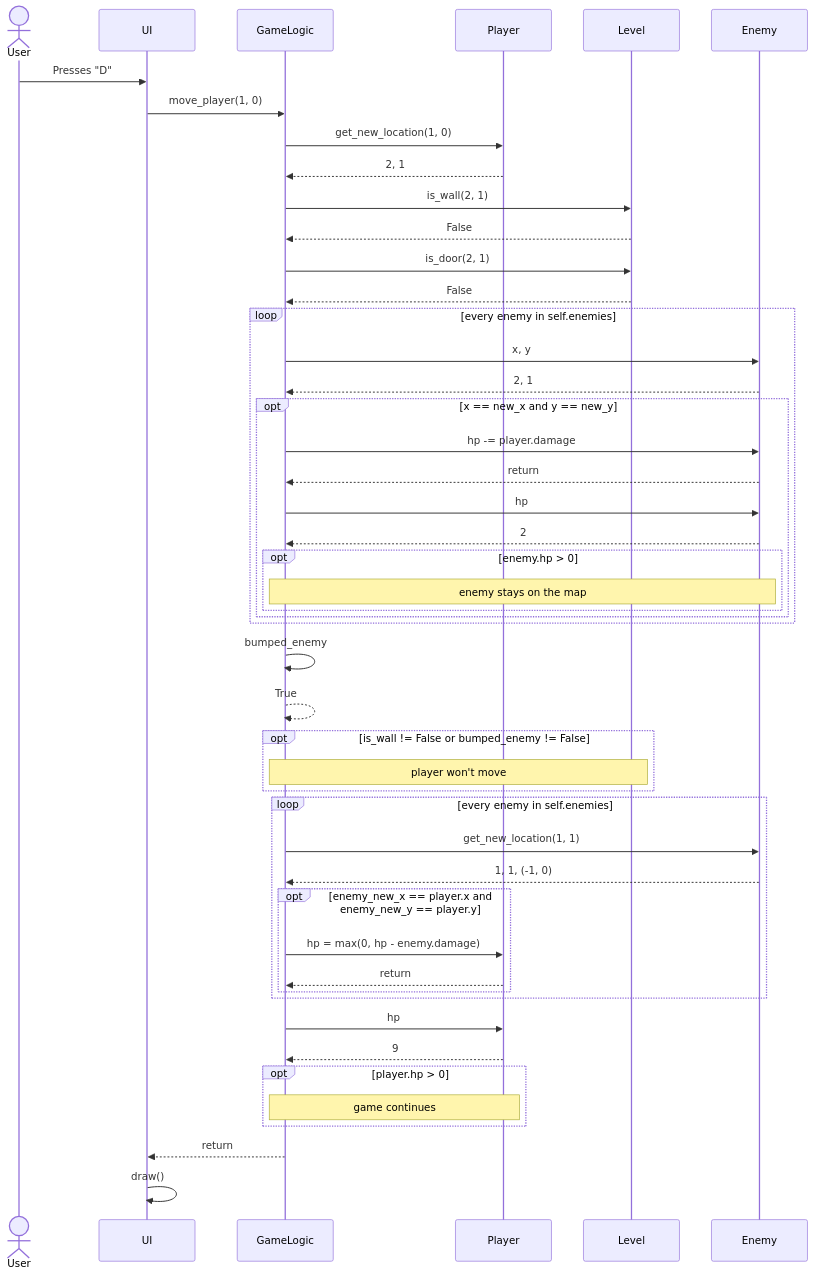
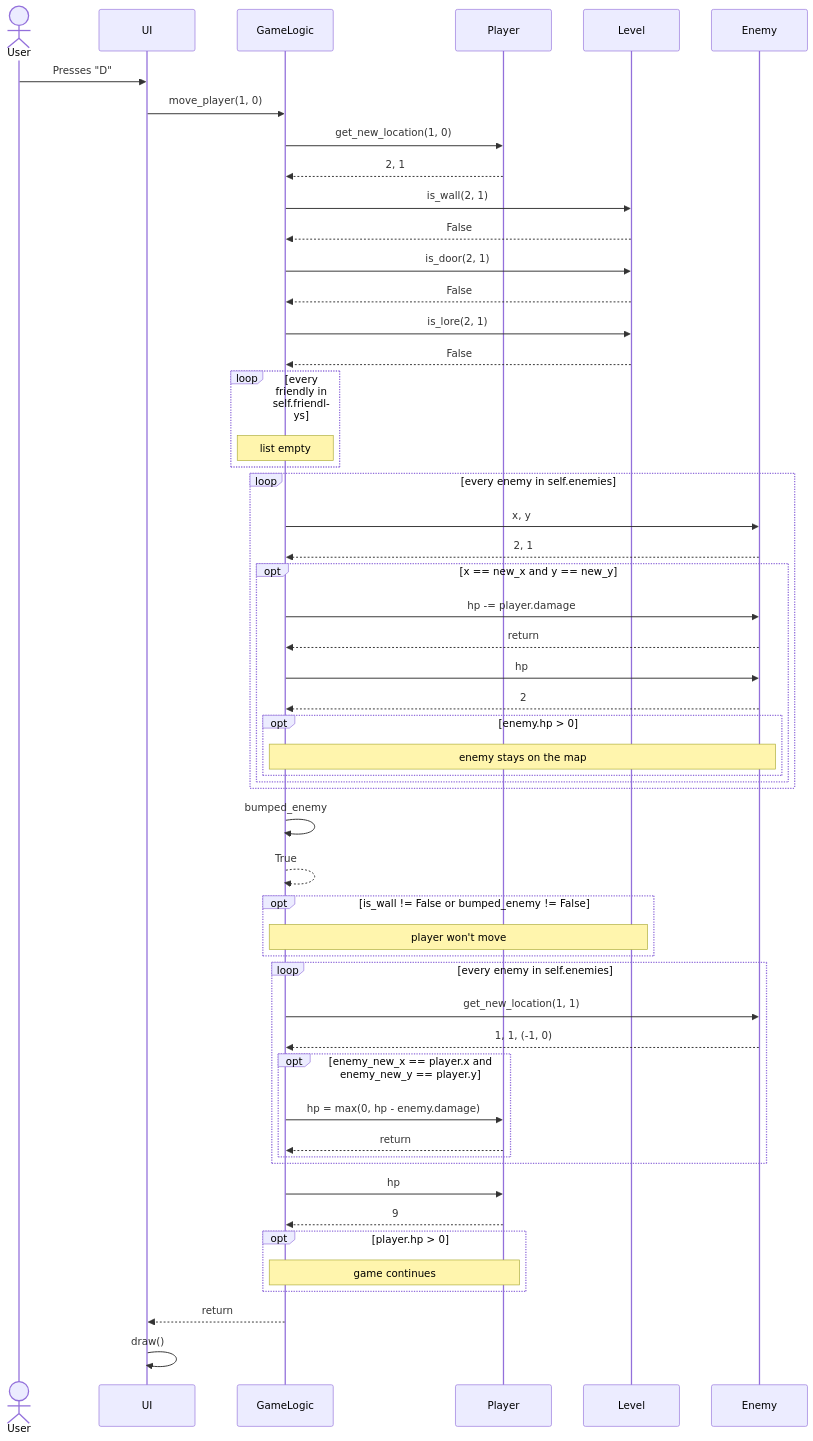
One commit to w1ll1ey/ot-harjoitustyo changed the fourth of 4 diagrams in dokumentaatio/arkkitehtuuri.md. Above: the diagram before and after it, drawn with Mermaid. The commit also changed other lines of this file, not shown here.

````diff
--- a/dokumentaatio/arkkitehtuuri.md
+++ b/dokumentaatio/arkkitehtuuri.md
@@ -130,46 +165,51 @@
 ```mermaid
     sequenceDiagram
         actor User
         User->>UI: Presses "D"
         UI->>GameLogic: move_player(1, 0)
         GameLogic->>Player: get_new_location(1, 0)
         Player-->>GameLogic: 2, 1
         GameLogic->>Level: is_wall(2, 1)
         Level-->>GameLogic: False
         GameLogic->>Level: is_door(2, 1)
         Level-->>GameLogic: False
+        GameLogic->>Level: is_lore(2, 1)
+        Level-->>GameLogic: False
+        loop every friendly in self.friendlys
+            Note over GameLogic: list empty
+        end
         loop every enemy in self.enemies
             GameLogic->>Enemy: x, y
             Enemy-->>GameLogic: 2, 1
             opt x == new_x and y == new_y
                 GameLogic->>Enemy: hp -= player.damage
                 Enemy-->>GameLogic: return
                 GameLogic->>Enemy: hp
                 Enemy-->>GameLogic: 2
                 opt enemy.hp > 0
                     Note over GameLogic, Enemy: enemy stays on the map
                 end
             end
         end
         GameLogic->>GameLogic: bumped_enemy
         GameLogic-->>GameLogic: True
         opt is_wall != False or bumped_enemy != False
             Note over GameLogic, Level: player won't move
         end
         loop every enemy in self.enemies
             GameLogic->>Enemy: get_new_location(1, 1)
             Enemy-->>GameLogic: 1, 1, (-1, 0)
 
             opt enemy_new_x == player.x and enemy_new_y == player.y
                 GameLogic->>Player: hp = max(0, hp - enemy.damage)
                 Player-->>GameLogic: return
             end
         end
         GameLogic->>Player: hp
         Player-->>GameLogic: 9
             opt player.hp > 0
                 Note over GameLogic, Player: game continues
             end
         GameLogic-->>UI: return
         UI->>UI: draw()
 ```
````
